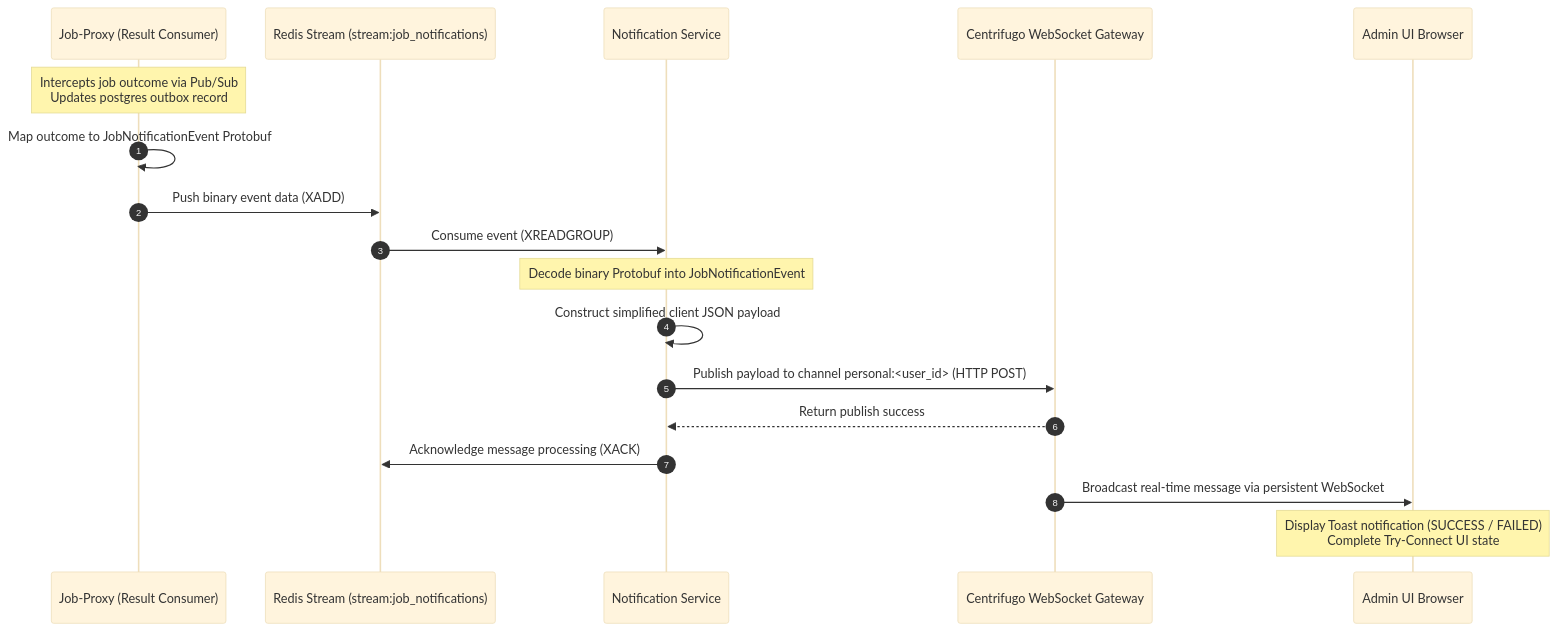
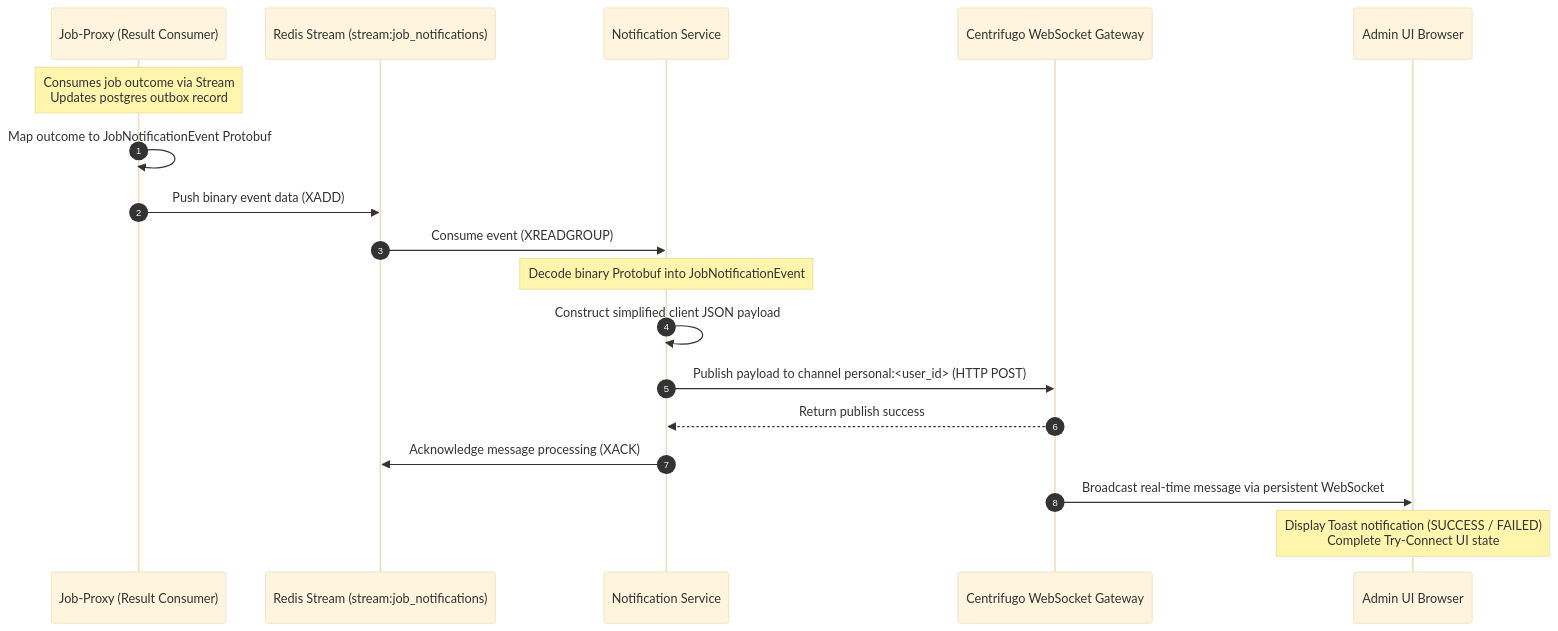
The fourth of 4 diagrams in spec/mail/try_connect_workflow.md (phucle996/aurora), drawn with Mermaid (base theme) before and after one commit. The commit also changed other lines of this file and 8 other files, not shown here.

Commit message:
refactor: migrate job result reporting from Redis Pub/Sub and gRPC to durable Redis Streams

````diff
--- a/spec/mail/try_connect_workflow.md
+++ b/spec/mail/try_connect_workflow.md
@@ -209,24 +208,24 @@
 ```mermaid
 sequenceDiagram
     autonumber
     participant JP_RC as Job-Proxy (Result Consumer)
     participant RDS_NOTIF as Redis Stream (stream:job_notifications)
     participant NS as Notification Service
     participant CF as Centrifugo WebSocket Gateway
     participant UI as Admin UI Browser
 
-    Note over JP_RC: Intercepts job outcome via Pub/Sub<br/>Updates postgres outbox record
+    Note over JP_RC: Consumes job outcome via Stream<br/>Updates postgres outbox record
     JP_RC->>JP_RC: Map outcome to JobNotificationEvent Protobuf
     JP_RC->>RDS_NOTIF: Push binary event data (XADD)
     
     RDS_NOTIF->>NS: Consume event (XREADGROUP)
     Note over NS: Decode binary Protobuf into JobNotificationEvent
     NS->>NS: Construct simplified client JSON payload
     NS->>CF: Publish payload to channel personal:<user_id> (HTTP POST)
     CF-->>NS: Return publish success
     
     NS->>RDS_NOTIF: Acknowledge message processing (XACK)
     
     CF->>UI: Broadcast real-time message via persistent WebSocket
     Note over UI: Display Toast notification (SUCCESS / FAILED)<br/>Complete Try-Connect UI state
 ```
````
